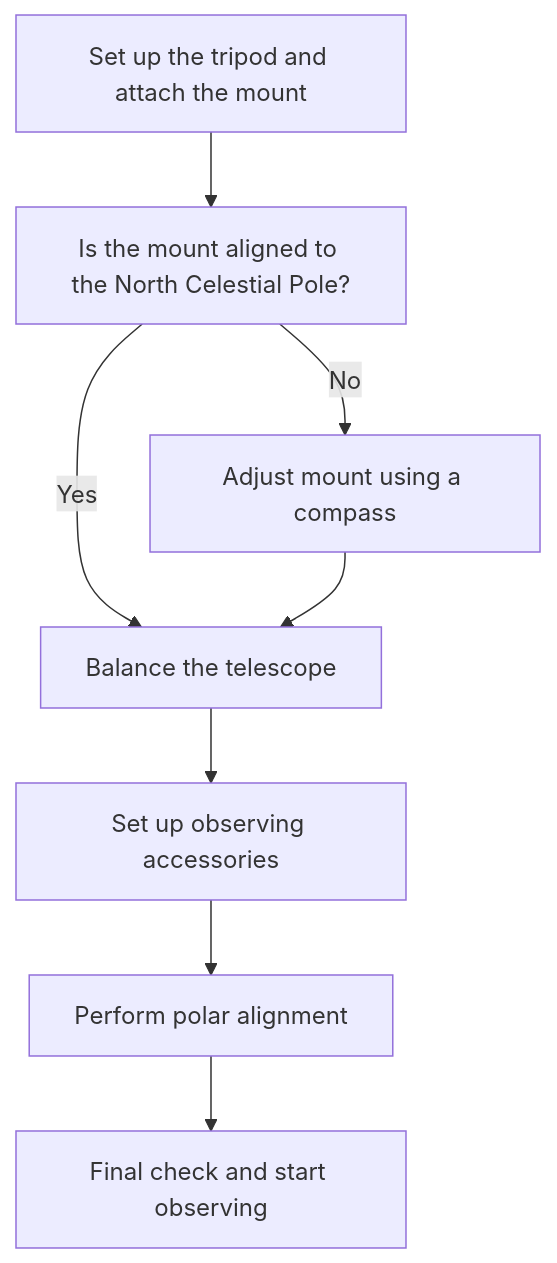
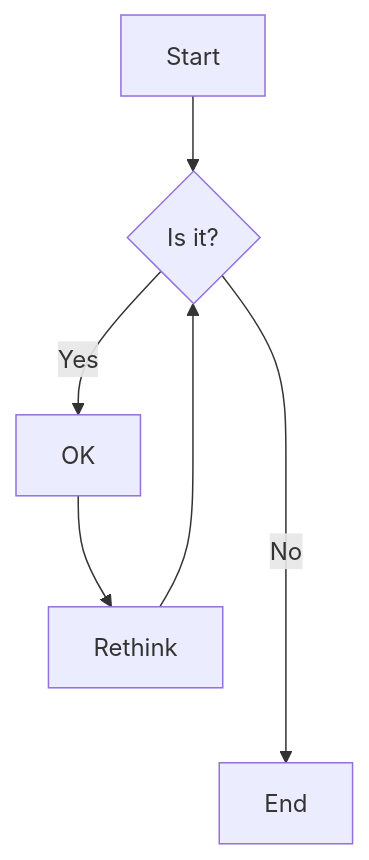
Before and after one commit to upyesp/aas: the first of 3 diagrams in slides/Slides.md, drawn with Mermaid. The commit also changed other lines of this file, not shown here.

```diff
--- a/slides/Slides.md
+++ b/slides/Slides.md
@@ -81,11 +90,8 @@
 <div class="mermaid">
-graph TD
-    C[Set up the tripod and attach the mount]
-    C --> D[Is the mount aligned to the North Celestial Pole?]
-    D -- Yes --> E[Balance the telescope]
-    D -- No --> F[Adjust mount using a compass]
-    F --> E
-    E --> G[Set up observing accessories]
-    G --> H[Perform polar alignment]
-    H --> I[Final check and start observing]
+flowchart TD
+    A[Start] --> B{Is it?}
+    B -- Yes --> C[OK]
+    C --> D[Rethink]
+    D --> B
+    B -- No ----> E[End]
 </div>
```
